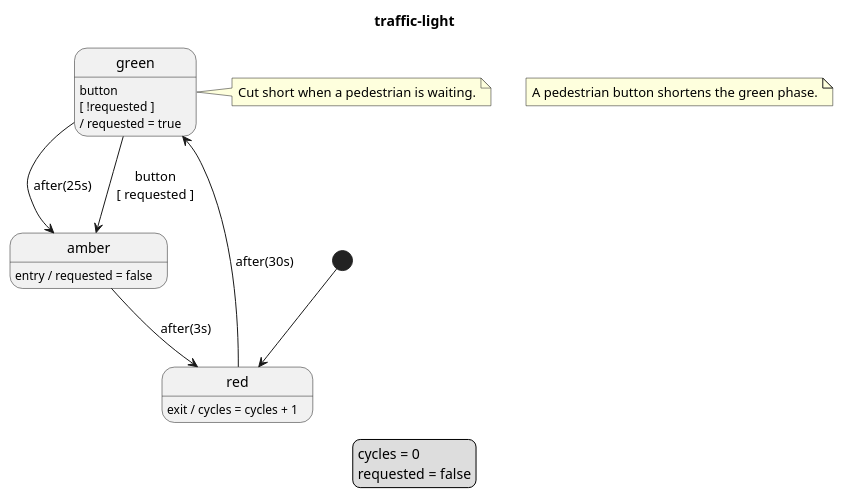
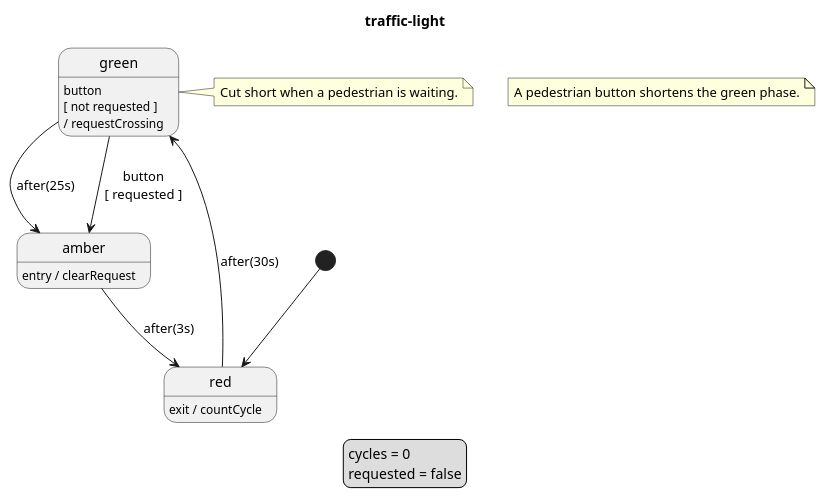
The diagram in example/traffic-light.puml (vincedupuis/transplantUML), drawn with PlantUML before and after one commit. The commit also changed 28 other files, not shown here.

```diff
--- a/example/traffic-light.puml
+++ b/example/traffic-light.puml
@@ -1,22 +1,22 @@
 @startuml
 title traffic-light
 note as machineNote
     A pedestrian button shortens the green phase.
 end note
 legend
     cycles = 0
     requested = false
 endlegend
 [*] --> red
 state red
-red : exit / cycles = cycles + 1
+red : exit / countCycle
 state green
 note right of green : Cut short when a pedestrian is waiting.
 state amber
-amber : entry / requested = false
+amber : entry / clearRequest
 red --> green: after(30s)
 green --> amber: after(25s)
-green : button\n[ !requested ]\n/ requested = true
+green : button\n[ not requested ]\n/ requestCrossing
 green --> amber: button\n[ requested ]
 amber --> red: after(3s)
 @enduml
```
